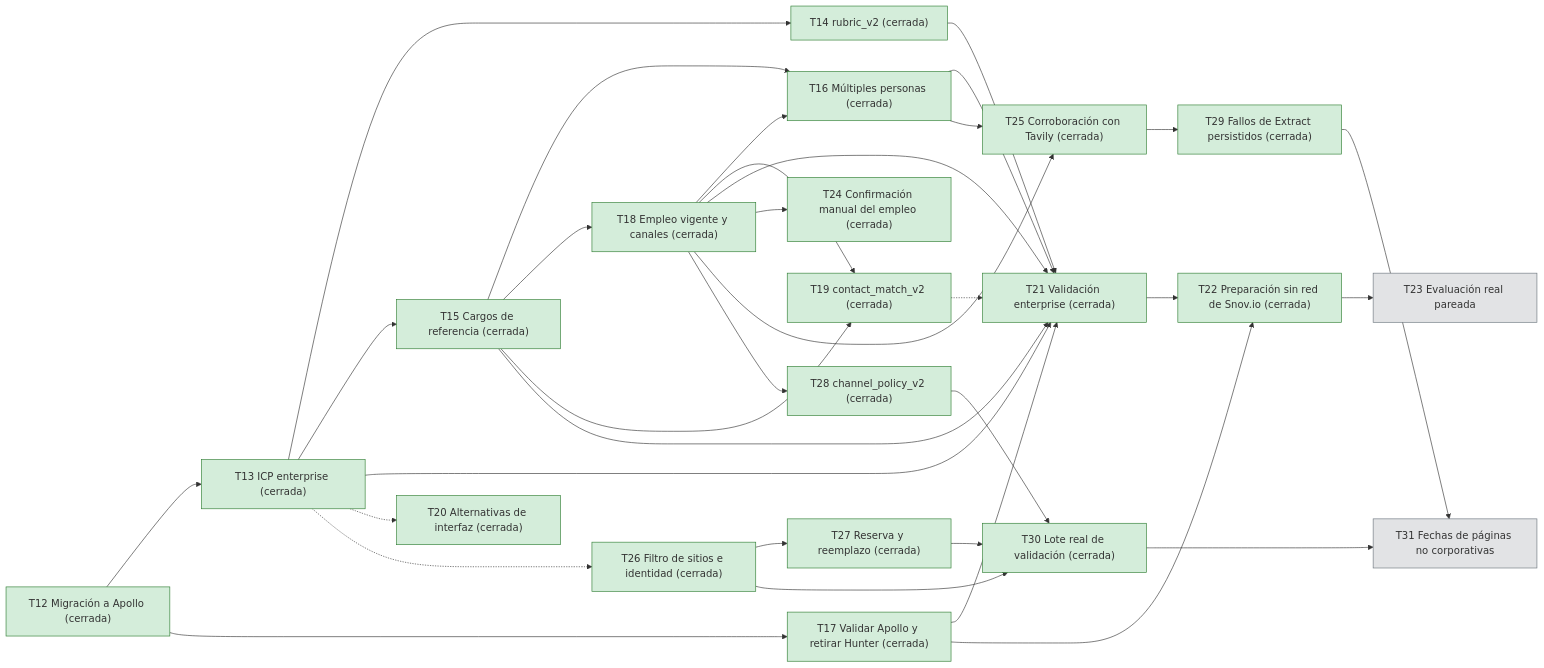
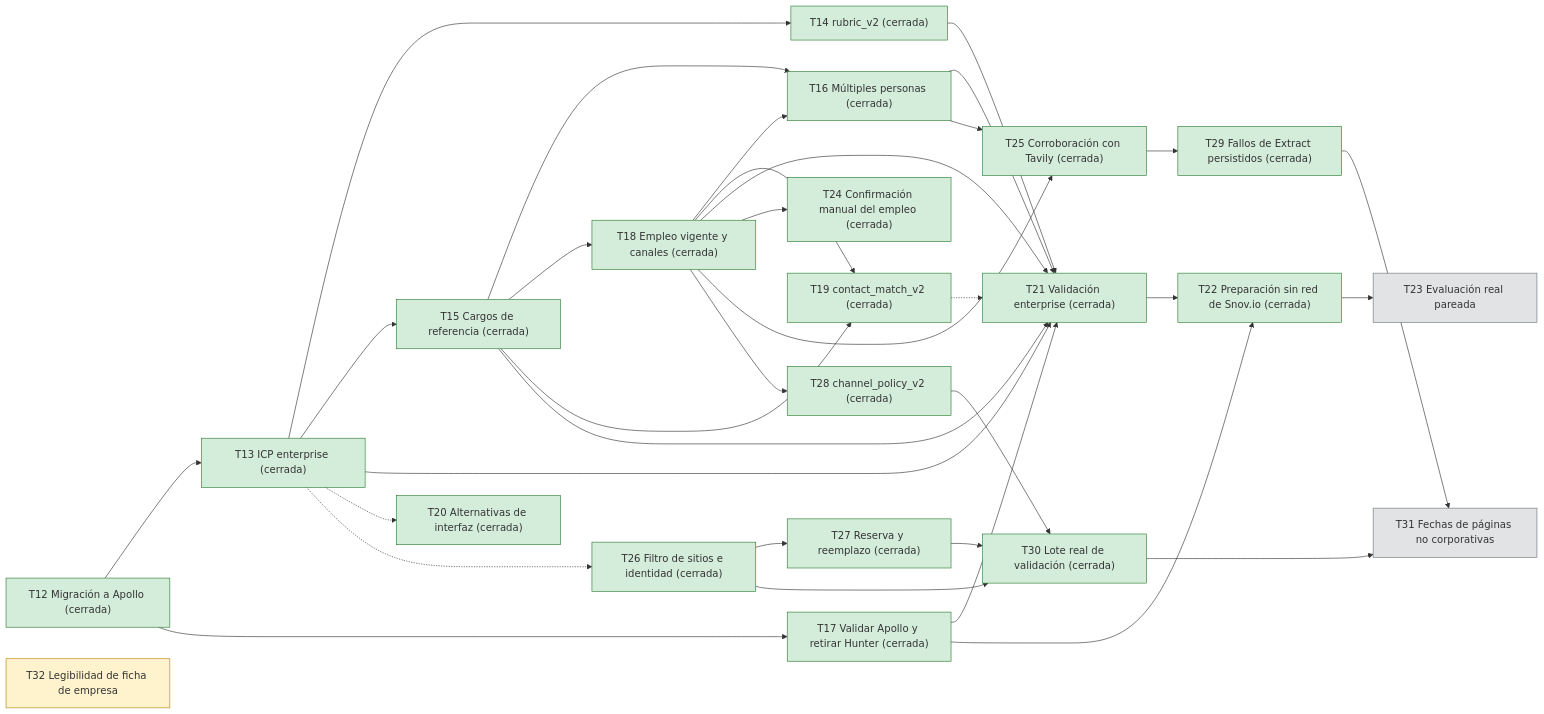
One commit to ThomasSerna/veryfi-prospecting changed the diagram in docs/Roadmap.md. Above: the diagram before and after it, drawn with Mermaid. The commit also changed other lines of this file, not shown here.

Commit message:
docs: sincronizar el roadmap con los issues de GitHub

````diff
--- a/docs/Roadmap.md
+++ b/docs/Roadmap.md
@@ -62,58 +64,59 @@
 ```mermaid
 flowchart LR
     T12["T12 Migración a Apollo (cerrada)"]:::closed
     T13["T13 ICP enterprise (cerrada)"]:::closed
     T14["T14 rubric_v2 (cerrada)"]:::closed
     T15["T15 Cargos de referencia (cerrada)"]:::closed
     T16["T16 Múltiples personas (cerrada)"]:::closed
     T17["T17 Validar Apollo y retirar Hunter (cerrada)"]:::closed
     T18["T18 Empleo vigente y canales (cerrada)"]:::closed
     T19["T19 contact_match_v2 (cerrada)"]:::closed
     T20["T20 Alternativas de interfaz (cerrada)"]:::closed
     T21["T21 Validación enterprise (cerrada)"]:::closed
     T22["T22 Preparación sin red de Snov.io (cerrada)"]:::closed
     T23["T23 Evaluación real pareada"]:::pending
     T24["T24 Confirmación manual del empleo (cerrada)"]:::closed
     T25["T25 Corroboración con Tavily (cerrada)"]:::closed
     T26["T26 Filtro de sitios e identidad (cerrada)"]:::closed
     T27["T27 Reserva y reemplazo (cerrada)"]:::closed
     T28["T28 channel_policy_v2 (cerrada)"]:::closed
     T29["T29 Fallos de Extract persistidos (cerrada)"]:::closed
     T30["T30 Lote real de validación (cerrada)"]:::closed
     T31["T31 Fechas de páginas no corporativas"]:::pending
+    T32["T32 Legibilidad de ficha de empresa"]:::open
     T12 --> T13
     T12 --> T17
     T13 --> T14
     T13 --> T15
     T15 --> T16
     T15 --> T18
     T15 --> T19
     T18 --> T16
     T18 --> T19
     T13 --> T21
     T14 --> T21
     T15 --> T21
     T16 --> T21
     T17 --> T21
     T18 --> T21
     T21 --> T22
     T17 --> T22
     T22 --> T23
     T13 -.-> T20
     T19 -.-> T21
     T18 --> T24
     T18 --> T25
     T16 --> T25
     T13 -.-> T26
     T26 --> T27
     T18 --> T28
     T25 --> T29
     T26 --> T30
     T27 --> T30
     T28 --> T30
     T29 --> T31
     T30 --> T31
     classDef closed fill:#d4edda,stroke:#2e7d32
     classDef open fill:#fff3cd,stroke:#b8860b
     classDef pending fill:#e2e3e5,stroke:#6c757d
 ```
````
